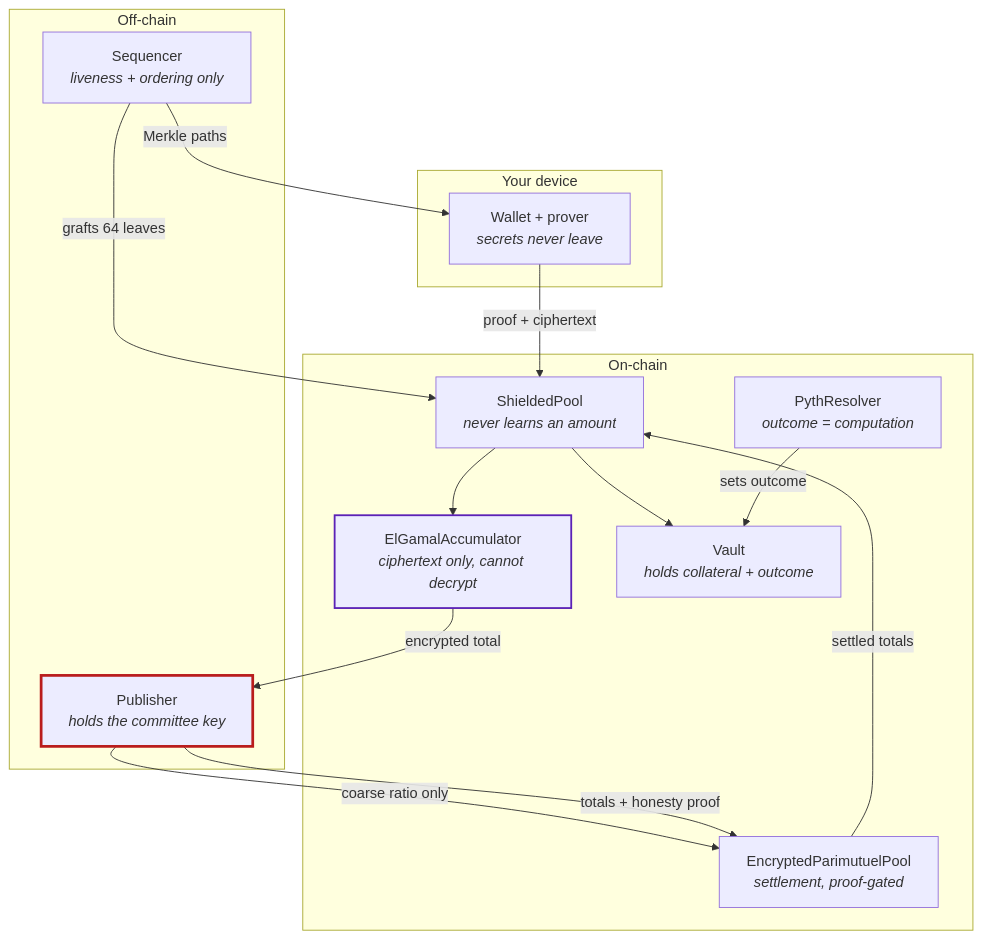
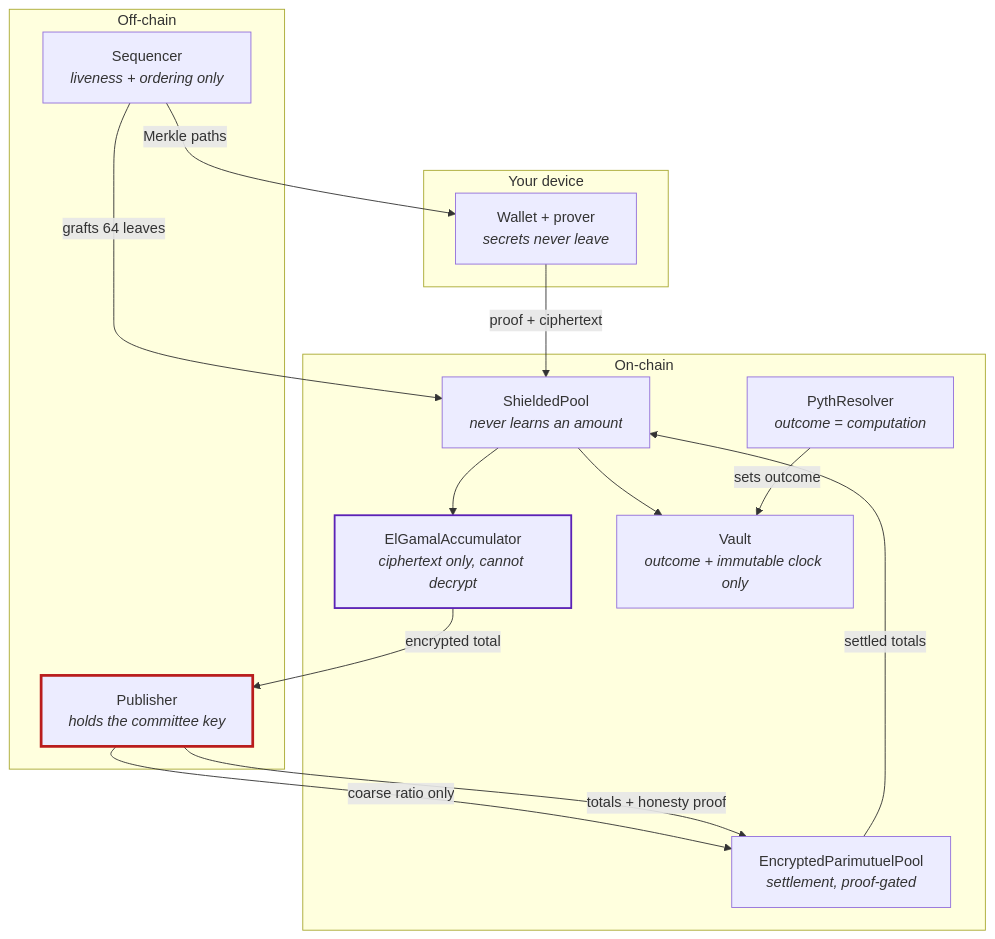
The first of 2 diagrams in concepts/architecture.mdx (atrummarkets/atrum-docs), drawn with Mermaid before and after one commit. The commit also changed other lines of this file and 8 other files, not shown here.

````diff
--- a/concepts/architecture.mdx
+++ b/concepts/architecture.mdx
@@ -6,33 +6,33 @@
 ```mermaid
 flowchart TB
   subgraph client["Your device"]
     W["Wallet + prover<br/><i>secrets never leave</i>"]
   end
 
   subgraph chain["On-chain"]
     SP["ShieldedPool<br/><i>never learns an amount</i>"]
     ACC["ElGamalAccumulator<br/><i>ciphertext only, cannot decrypt</i>"]
-    V["Vault<br/><i>holds collateral + outcome</i>"]
+    V["Vault<br/><i>outcome + immutable clock only</i>"]
     EPP["EncryptedParimutuelPool<br/><i>settlement, proof-gated</i>"]
     PR["PythResolver<br/><i>outcome = computation</i>"]
   end
 
   subgraph off["Off-chain"]
     SEQ["Sequencer<br/><i>liveness + ordering only</i>"]
     PUB["Publisher<br/><i>holds the committee key</i>"]
   end
 
   W -->|"proof + ciphertext"| SP
   SP --> ACC
   SP --> V
   SEQ -->|"grafts 64 leaves"| SP
   SEQ -->|"Merkle paths"| W
   ACC -->|"encrypted total"| PUB
   PUB -->|"coarse ratio only"| EPP
   PUB -->|"totals + honesty proof"| EPP
   PR -->|"sets outcome"| V
   EPP -->|"settled totals"| SP
 
   style PUB stroke:#b91c1c,stroke-width:3px
   style ACC stroke:#5B21B6,stroke-width:2px
 ```
````
